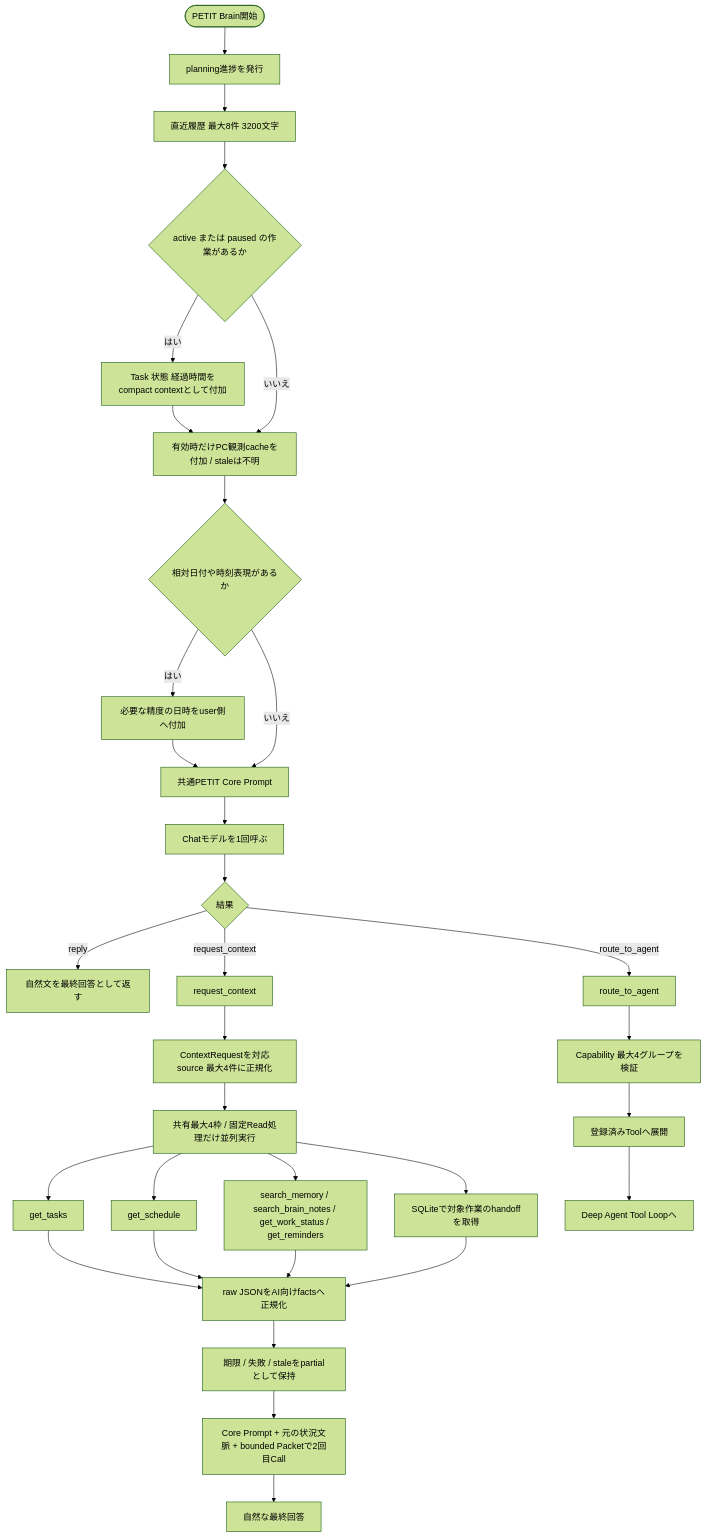
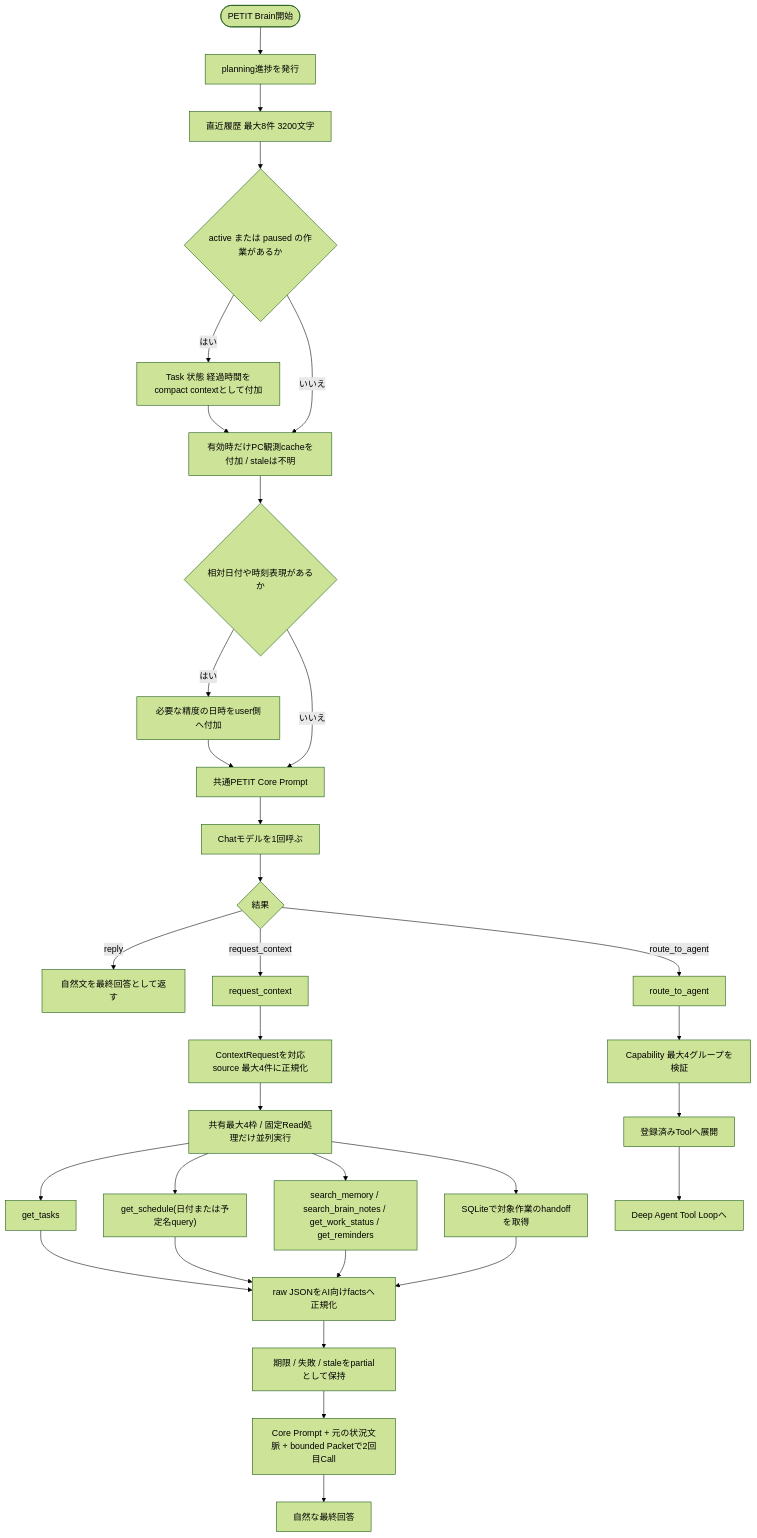
One commit to Soso2e/PETIT changed the fifth of 24 diagrams in docs/runtime-flows.md. Above: the diagram before and after it, drawn with Mermaid (forest theme). The commit also changed other lines of this file and 14 other files, not shown here.

````diff
--- a/docs/runtime-flows.md
+++ b/docs/runtime-flows.md
@@ -171,45 +171,45 @@
 ```mermaid
 flowchart TD
     start([PETIT Brain開始])
     planning[planning進捗を発行]
     history[直近履歴 最大8件 3200文字]
     activeWork{active または paused の作業があるか}
     workContext[Task 状態 経過時間をcompact contextとして付加]
     optionalPC[有効時だけPC観測cacheを付加 / staleは不明]
     clock{相対日付や時刻表現があるか}
     userClock[必要な精度の日時をuser側へ付加]
     core[共通PETIT Core Prompt]
     selector[Chatモデルを1回呼ぶ]
     result{結果}
     reply[自然文を最終回答として返す]
     request[request_context]
     normalize[ContextRequestを対応source 最大4件に正規化]
     parallel[共有最大4枠 / 固定Read処理だけ並列実行]
     task[get_tasks]
-    calendar[get_schedule]
+    calendar["get_schedule(日付または予定名query)"]
     personal[search_memory / search_brain_notes / get_work_status / get_reminders]
     handoff[SQLiteで対象作業のhandoffを取得]
     packet[raw JSONをAI向けfactsへ正規化]
     partial[期限 / 失敗 / staleをpartialとして保持]
     second[Core Prompt + 元の状況文脈 + bounded Packetで2回目Call]
     final[自然な最終回答]
     route[route_to_agent]
     parse[Capability 最大4グループを検証]
     map[登録済みToolへ展開]
     agent[Deep Agent Tool Loopへ]
 
     start --> planning --> history --> activeWork
     activeWork -->|はい| workContext --> optionalPC --> clock
     activeWork -->|いいえ| optionalPC
     clock -->|はい| userClock --> core
     clock -->|いいえ| core
     core --> selector --> result
     result -->|reply| reply
     result -->|request_context| request --> normalize --> parallel
     parallel --> task --> packet
     parallel --> calendar --> packet
     parallel --> personal --> packet
     parallel --> handoff --> packet
     packet --> partial --> second --> final
     result -->|route_to_agent| route --> parse --> map --> agent
 ```
````
